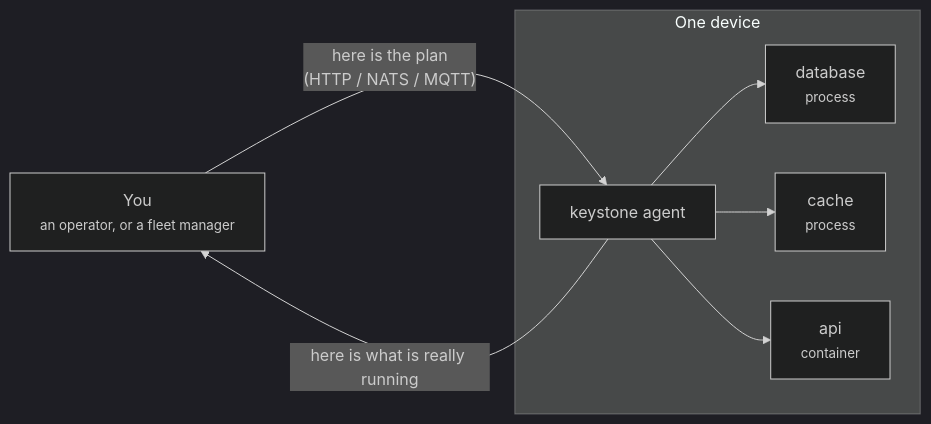
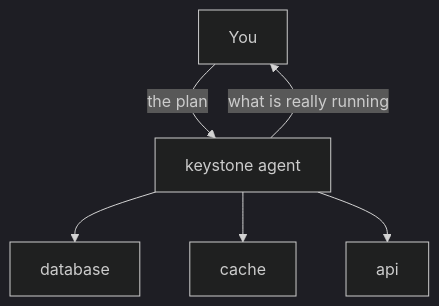
One commit to carlosprados/keystone changed the diagram in site/content/_index.md. Above: the diagram before and after it, drawn with Mermaid (dark theme). The commit also changed 58 other files, not shown here.

First line of the commit message:
docs: generated OpenAPI reference, examples chapter, legible diagrams

````diff
--- a/site/content/_index.md
+++ b/site/content/_index.md
@@ -50,15 +48,14 @@
 ```mermaid
-flowchart LR
-    OP["You<br/><small>an operator, or a fleet manager</small>"]
-    subgraph DEV["One device"]
-        AG["keystone agent"]
-        C1["database<br/><small>process</small>"]
-        C2["cache<br/><small>process</small>"]
-        C3["api<br/><small>container</small>"]
-        AG --> C1
-        AG --> C2
-        AG --> C3
-    end
-    OP -- "here is the plan<br/>(HTTP / NATS / MQTT)" --> AG
-    AG -- "here is what is really running" --> OP
+flowchart TB
+    OP["You"]
+    AG["keystone agent"]
+    DB["database"]
+    CA["cache"]
+    API["api"]
+
+    OP -- "the plan" --> AG
+    AG -- "what is really running" --> OP
+    AG --> DB
+    AG --> CA
+    AG --> API
 ```
````
